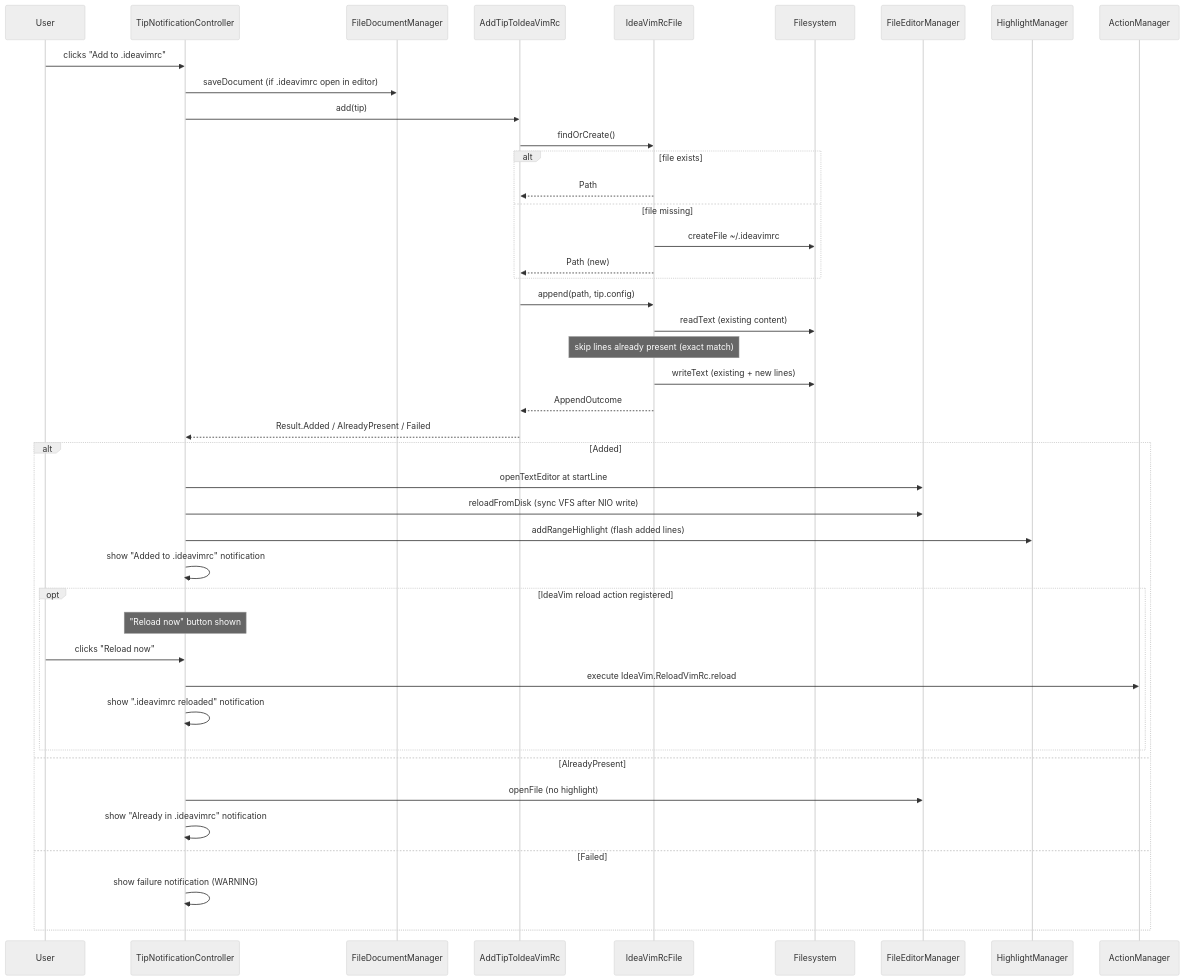
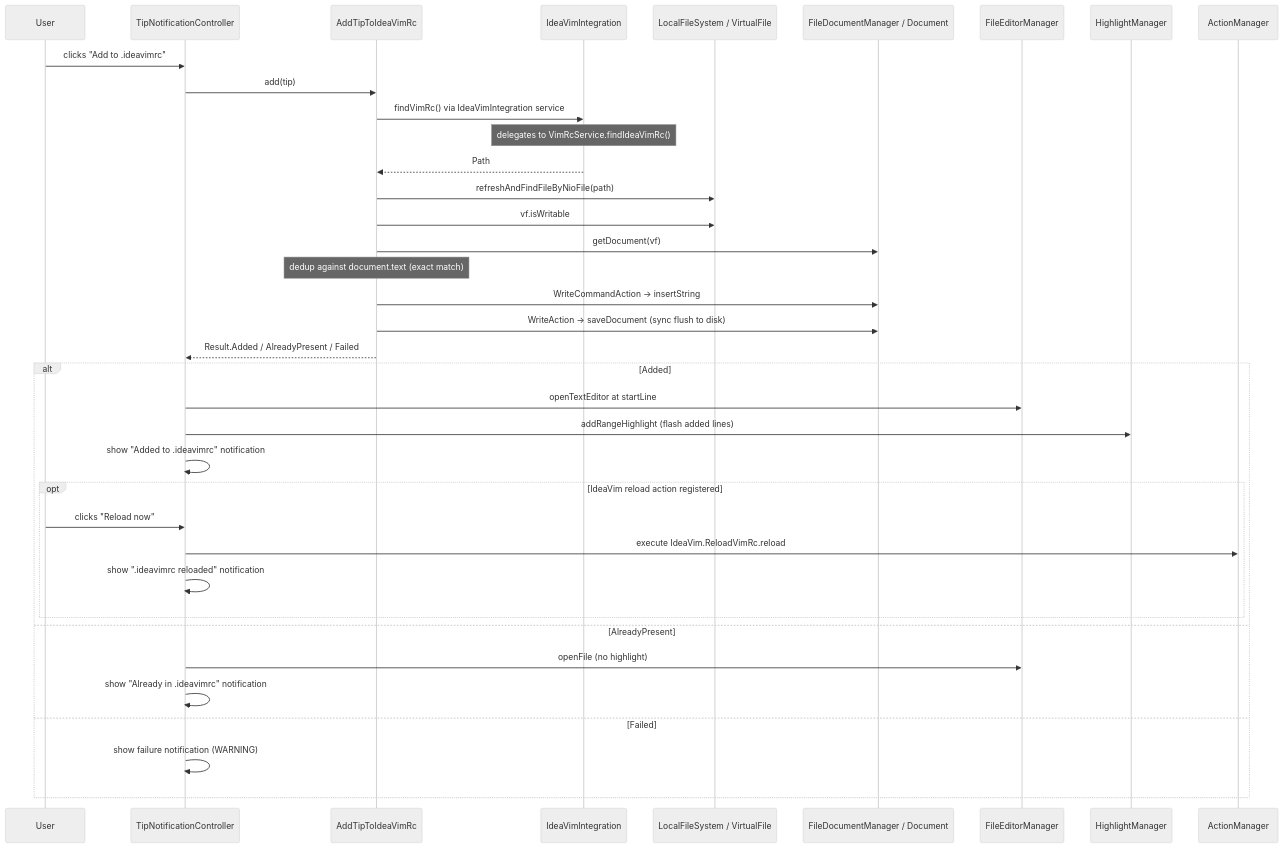
Before and after one commit to pooryam92/vim-coach: the second of 2 diagrams in docs/features/ideavimrc-button.md, drawn with Mermaid (neutral theme). The commit also changed other lines of this file and 87 other files, not shown here.

````diff
--- a/docs/features/ideavimrc-button.md
+++ b/docs/features/ideavimrc-button.md
@@ -21,47 +26,41 @@
 ```mermaid
 sequenceDiagram
     participant User
     participant CTRL as TipNotificationController
-    participant SAVE as FileDocumentManager
-    participant USE as AddTipToIdeaVimRc
-    participant FILE as IdeaVimRcFile
-    participant FS as Filesystem
+    participant ADD as AddTipToIdeaVimRc
+    participant INTEG as IdeaVimIntegration
+    participant VFS as LocalFileSystem / VirtualFile
+    participant DOC as FileDocumentManager / Document
     participant ED as FileEditorManager
     participant HM as HighlightManager
     participant AM as ActionManager
 
     User->>CTRL: clicks "Add to .ideavimrc"
-    CTRL->>SAVE: saveDocument (if .ideavimrc open in editor)
-    CTRL->>USE: add(tip)
-    USE->>FILE: findOrCreate()
-    alt file exists
-        FILE-->>USE: Path
-    else file missing
-        FILE->>FS: createFile ~/.ideavimrc
-        FILE-->>USE: Path (new)
-    end
-    USE->>FILE: append(path, tip.config)
-    FILE->>FS: readText (existing content)
-    note over FILE: skip lines already present (exact match)
-    FILE->>FS: writeText (existing + new lines)
-    FILE-->>USE: AppendOutcome
-    USE-->>CTRL: Result.Added / AlreadyPresent / Failed
+    CTRL->>ADD: add(tip)
+    ADD->>INTEG: findVimRc() via IdeaVimIntegration service
+    note over INTEG: delegates to VimRcService.findIdeaVimRc()
+    INTEG-->>ADD: Path
+    ADD->>VFS: refreshAndFindFileByNioFile(path)
+    ADD->>VFS: vf.isWritable
+    ADD->>DOC: getDocument(vf)
+    note over ADD: dedup against document.text (exact match)
+    ADD->>DOC: WriteCommandAction → insertString
+    ADD->>DOC: WriteAction → saveDocument (sync flush to disk)
+    ADD-->>CTRL: Result.Added / AlreadyPresent / Failed
 
     alt Added
         CTRL->>ED: openTextEditor at startLine
-        CTRL->>ED: reloadFromDisk (sync VFS after NIO write)
         CTRL->>HM: addRangeHighlight (flash added lines)
         CTRL->>CTRL: show "Added to .ideavimrc" notification
         opt IdeaVim reload action registered
-            note over CTRL: "Reload now" button shown
             User->>CTRL: clicks "Reload now"
             CTRL->>AM: execute IdeaVim.ReloadVimRc.reload
             CTRL->>CTRL: show ".ideavimrc reloaded" notification
         end
     else AlreadyPresent
         CTRL->>ED: openFile (no highlight)
         CTRL->>CTRL: show "Already in .ideavimrc" notification
     else Failed
         CTRL->>CTRL: show failure notification (WARNING)
     end
 ```
````
